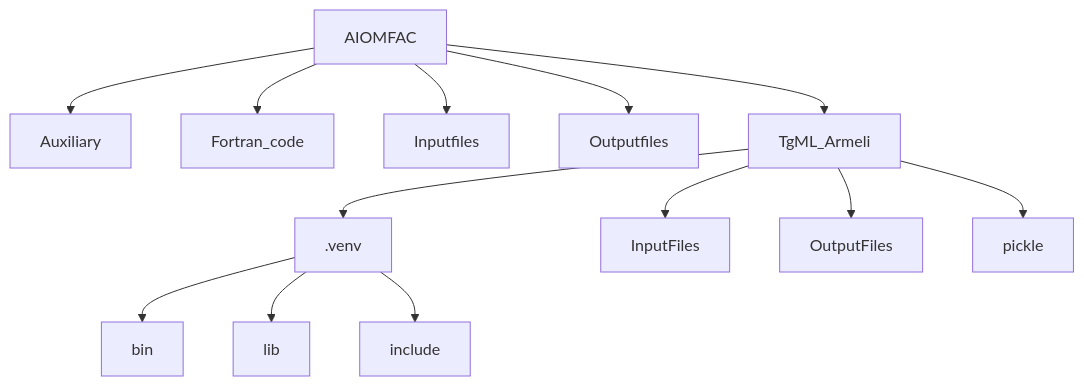
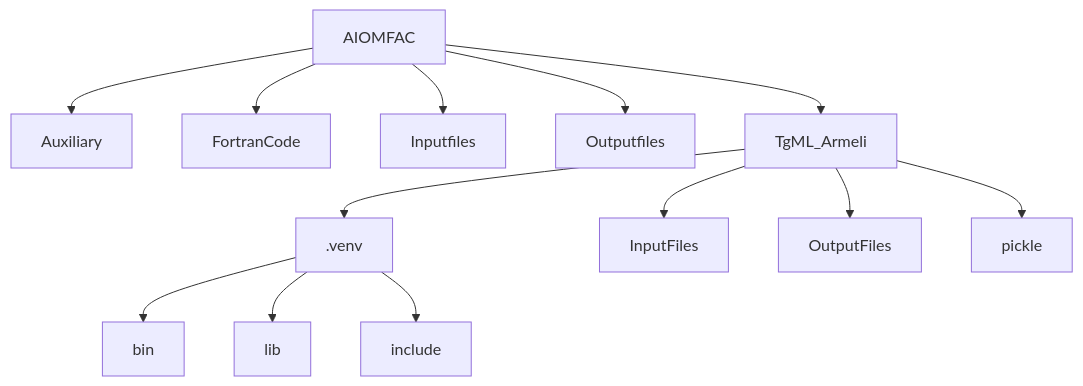
One commit to andizuend/AIOMFAC changed the diagram in README.md. Above: the diagram before and after it, drawn with Mermaid.

Commit message:
Fix typo in README.md for Fortran code reference

````diff
--- a/README.md
+++ b/README.md
@@ -32,15 +32,15 @@
 ```mermaid
 graph TD
     AIOMFAC[AIOMFAC] --> Auxiliary;
-    AIOMFAC --> Fortran_code;
+    AIOMFAC --> FortranCode;
     AIOMFAC --> Inputfiles;
     AIOMFAC --> Outputfiles;
     AIOMFAC --> TgML_Armeli[TgML_Armeli];
     TgML_Armeli --> .venv[.venv];
     .venv --> bin;
     .venv --> lib;
     .venv --> include;
     TgML_Armeli --> InputFiles;
     TgML_Armeli --> OutputFiles;
     TgML_Armeli --> pickle;
 ```
````
